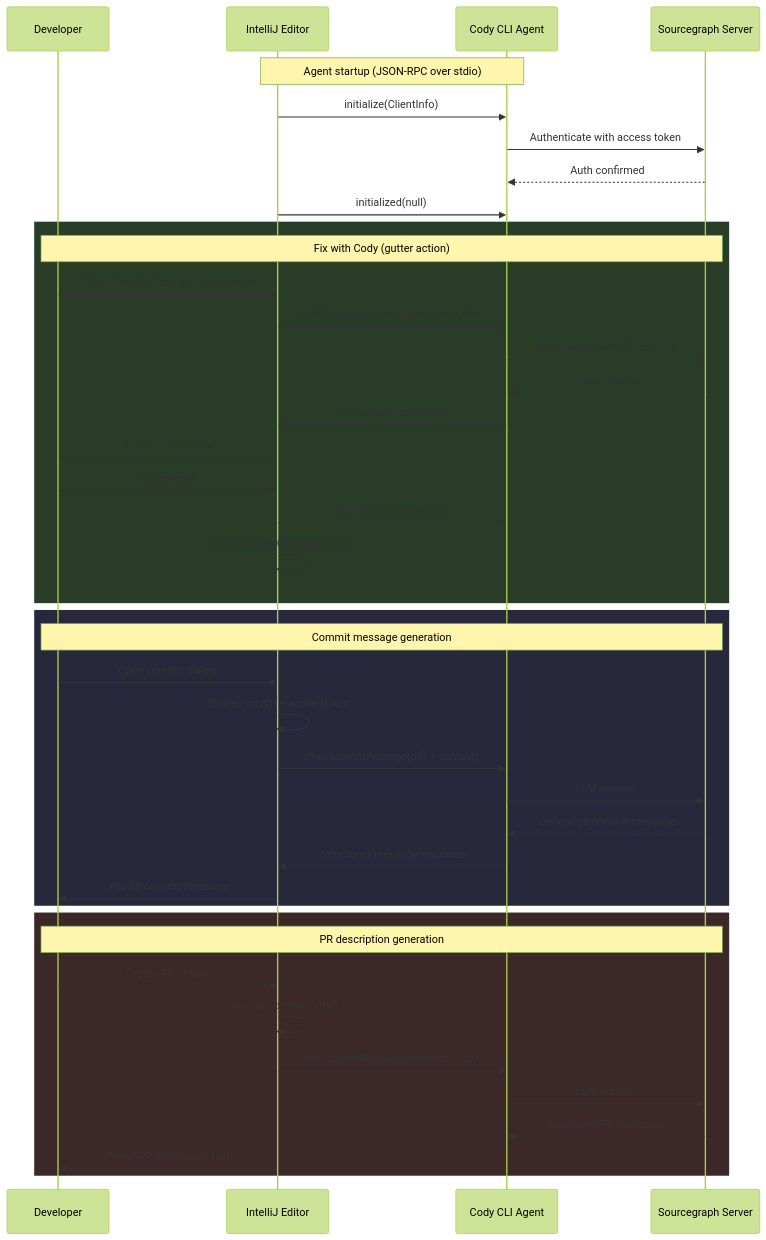
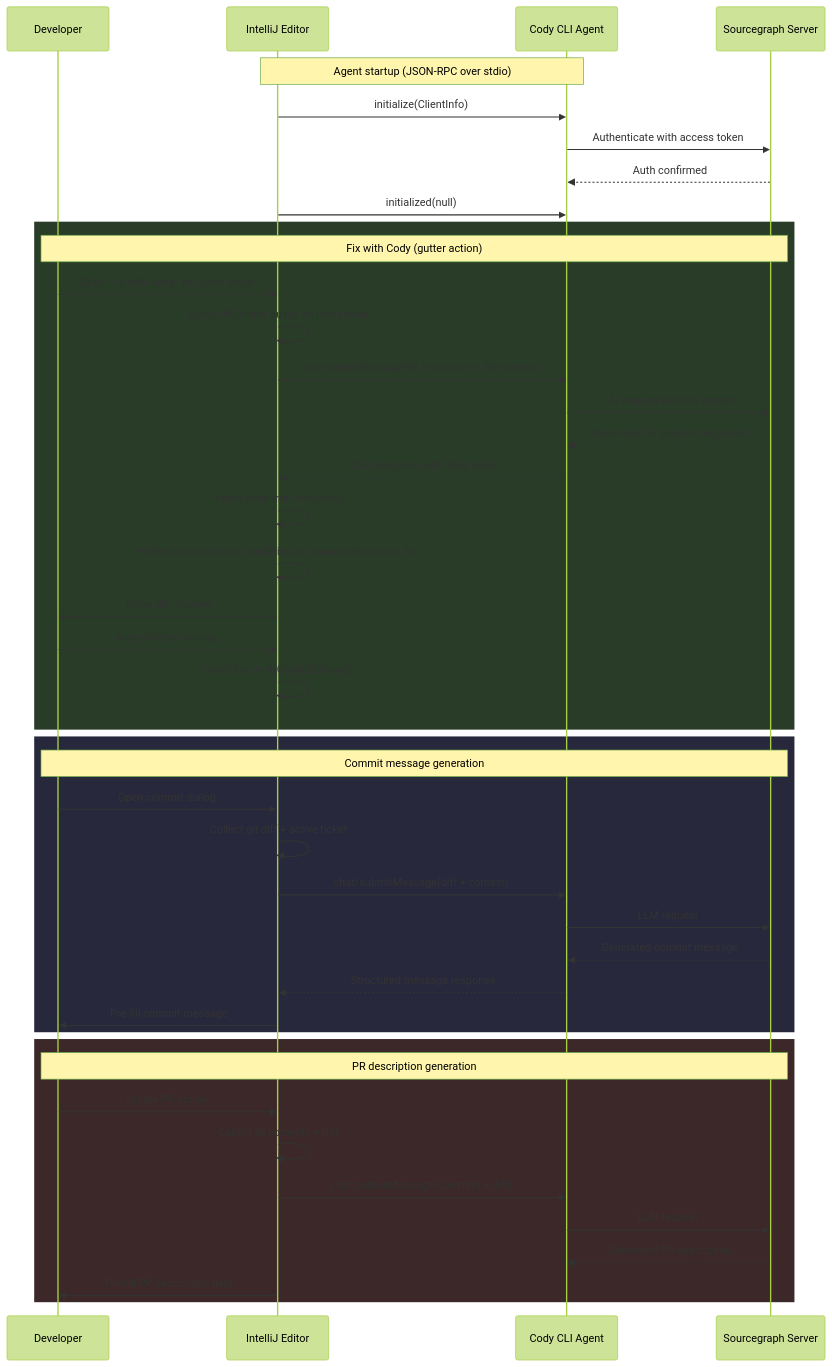
The second of 6 diagrams in docs/architecture/data-flow.md (thenerdygeek/intellij-workflow-orchestrator), drawn with Mermaid (forest theme) before and after one commit. The commit also changed 8 other files, not shown here.

First line of the commit message:
docs: fix 12 gaps in architecture documentation

````diff
--- a/docs/architecture/data-flow.md
+++ b/docs/architecture/data-flow.md
@@ -49,47 +49,49 @@
 ```mermaid
 sequenceDiagram
     participant Dev as Developer
     participant IDE as IntelliJ Editor
     participant Cody as Cody CLI Agent
     participant SG as Sourcegraph Server
 
     Note over IDE,Cody: Agent startup (JSON-RPC over stdio)
     IDE->>Cody: initialize(ClientInfo)
     Cody->>SG: Authenticate with access token
     SG-->>Cody: Auth confirmed
     IDE->>Cody: initialized(null)
 
     rect rgb(40, 60, 40)
     Note over Dev,SG: Fix with Cody (gutter action)
     Dev->>IDE: Click "Fix with Cody" on Sonar issue
-    IDE->>Cody: editCommands/code(instruction, file)
+    IDE->>IDE: CodyEditService builds fix instruction
+    IDE->>Cody: chat/submitMessage(fix instruction + file context)
     Cody->>SG: LLM request with file context
-    SG-->>Cody: Generated fix
-    Cody->>IDE: workspace/edit(edits)
+    SG-->>Cody: Generated fix (code in response)
+    Cody-->>IDE: Chat response with fixed code
+    IDE->>IDE: Parse code from response
+    IDE->>IDE: WriteCommandAction.runWriteCommandAction(apply fix)
     IDE->>Dev: Show diff preview
-    Dev->>IDE: Accept edit
-    IDE->>Cody: editTask/accept(taskId)
+    Dev->>IDE: Accept/reject change
     IDE->>IDE: EventBus.emit(CodyEditReady)
     end
 
     rect rgb(40, 40, 60)
     Note over Dev,SG: Commit message generation
     Dev->>IDE: Open commit dialog
     IDE->>IDE: Collect git diff + active ticket
     IDE->>Cody: chat/submitMessage(diff + context)
     Cody->>SG: LLM request
     SG-->>Cody: Generated commit message
     Cody-->>IDE: Structured message response
     IDE->>Dev: Pre-fill commit message
     end
 
     rect rgb(60, 40, 40)
     Note over Dev,SG: PR description generation
     Dev->>IDE: Create PR action
     IDE->>IDE: Collect all commits + diff
     IDE->>Cody: chat/submitMessage(commits + diff)
     Cody->>SG: LLM request
     SG-->>Cody: Generated PR description
     IDE->>Dev: Pre-fill PR description field
     end
 ```
````
